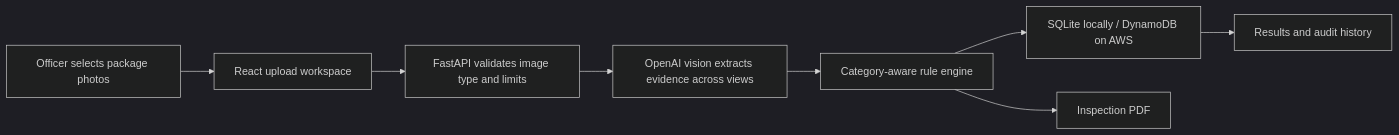
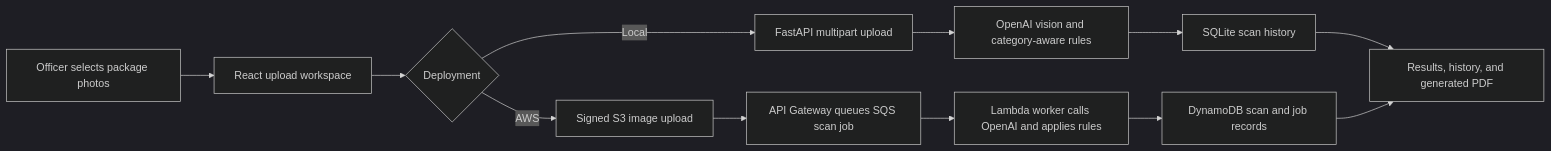
Before and after one commit to jayantsharmatech/Nyay-vision-IIITD-: the diagram in README.md, drawn with Mermaid (dark theme). The commit also changed other lines of this file and 14 other files, not shown here.

Commit message:
Replace App Runner with serverless AWS scan pipeline

````diff
--- a/README.md
+++ b/README.md
@@ -40,10 +41,14 @@
 ```mermaid
 flowchart LR
     A[Officer selects package photos] --> B[React upload workspace]
-    B --> C[FastAPI validates image type and limits]
-    C --> D[OpenAI vision extracts evidence across views]
-    D --> E[Category-aware rule engine]
-    E --> F[SQLite locally / DynamoDB on AWS]
-    E --> G[Inspection PDF]
-    F --> H[Results and audit history]
+    B --> C{Deployment}
+    C -->|Local| D[FastAPI multipart upload]
+    D --> E[OpenAI vision and category-aware rules]
+    E --> F[SQLite scan history]
+    C -->|AWS| G[Signed S3 image upload]
+    G --> H[API Gateway queues SQS scan job]
+    H --> I[Lambda worker calls OpenAI and applies rules]
+    I --> J[DynamoDB scan and job records]
+    F --> K[Results, history, and generated PDF]
+    J --> K
 ```
````
